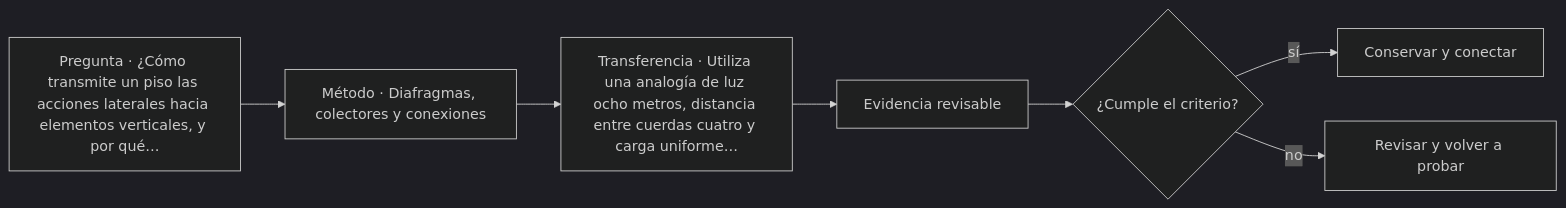
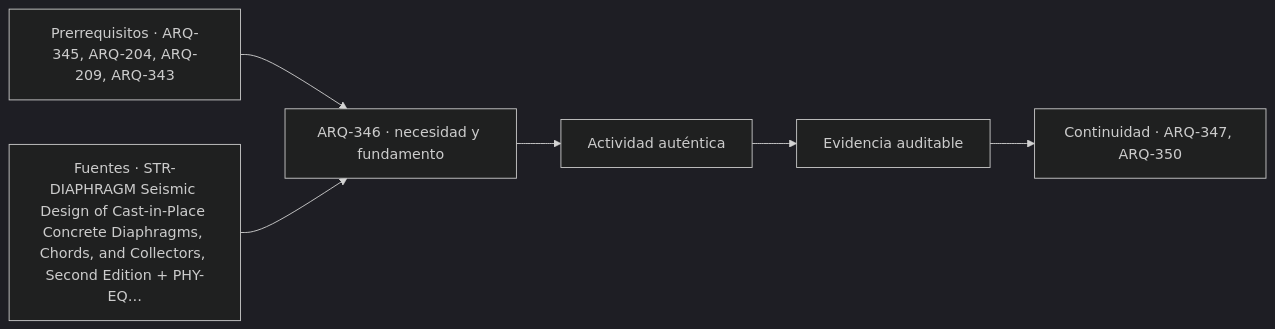
One commit to vladimiracunadev-create/architecture-built-environment-learning-program changed the diagram in classes/parte-35/ARQ-346.md. Above: the diagram before and after it, drawn with Mermaid (dark theme). The commit also changed other lines of this file and 761 other files, not shown here.

````diff
--- a/classes/parte-35/ARQ-346.md
+++ b/classes/parte-35/ARQ-346.md
@@ -115,9 +127,8 @@
 ```mermaid
 flowchart LR
-    Q["Pregunta · ¿Cómo transmite un piso las acciones laterales hacia elementos verticales, y por qué…"] --> M["Método · Diafragmas, colectores y conexiones"]
-    M --> P["Transferencia · Utiliza una analogía de luz ocho metros, distancia entre cuerdas cuatro y carga uniforme…"]
-    P --> E["Evidencia revisable"]
-    E --> C{"¿Cumple el criterio?"}
-    C -->|sí| T["Conservar y conectar"]
-    C -->|no| R["Revisar y volver a probar"]
+    A["Prerrequisitos · ARQ-345, ARQ-204, ARQ-209, ARQ-343"] --> B["ARQ-346 · necesidad y fundamento"]
+    S["Fuentes · STR-DIAPHRAGM Seismic Design of Cast-in-Place Concrete Diaphragms, Chords, and Collectors, Second Edition + PHY-EQ…"] --> B
+    B --> C["Actividad auténtica"]
+    C --> D["Evidencia auditable"]
+    D --> E["Continuidad · ARQ-347, ARQ-350"]
 ```
````
